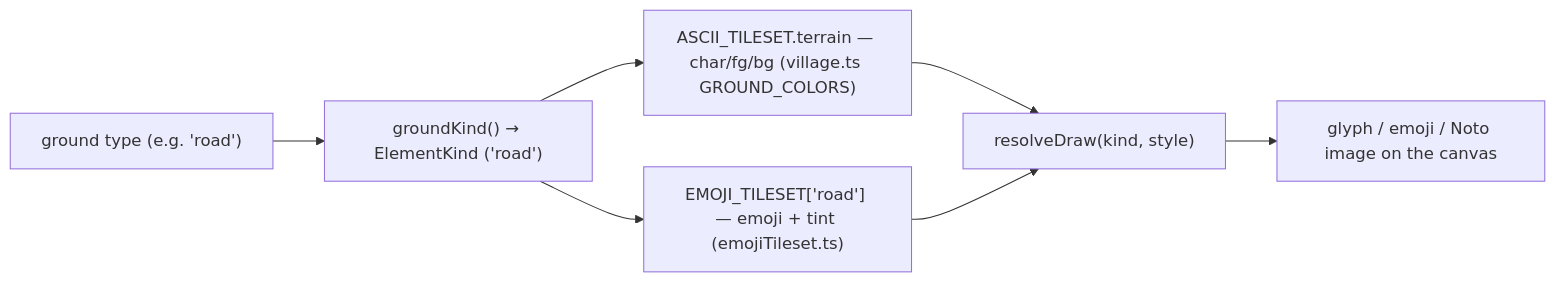
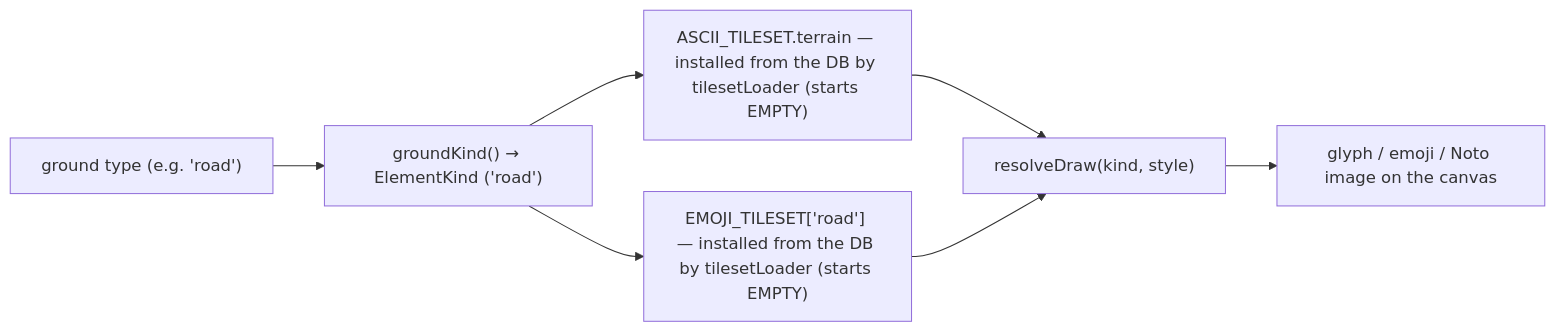
One commit to v1siond/game-website changed the first of 6 diagrams in docs/FEATURES.md. Above: the diagram before and after it, drawn with Mermaid. The commit also changed other lines of this file and 38 other files, not shown here.

````diff
--- a/docs/FEATURES.md
+++ b/docs/FEATURES.md
@@ -18,9 +18,9 @@
 ```mermaid
 flowchart LR
   T["ground type (e.g. 'road')"] --> GK["groundKind() → ElementKind ('road')"]
-  GK --> A["ASCII_TILESET.terrain — char/fg/bg (village.ts GROUND_COLORS)"]
-  GK --> E["EMOJI_TILESET['road'] — emoji + tint (emojiTileset.ts)"]
+  GK --> A["ASCII_TILESET.terrain — installed from the DB by tilesetLoader (starts EMPTY)"]
+  GK --> E["EMOJI_TILESET['road'] — installed from the DB by tilesetLoader (starts EMPTY)"]
   A --> RD["resolveDraw(kind, style)"]
   E --> RD
   RD --> PX["glyph / emoji / Noto image on the canvas"]
 ```
````
